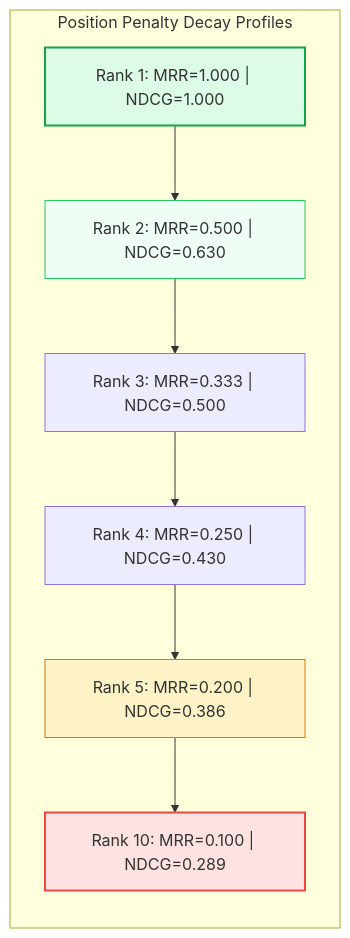
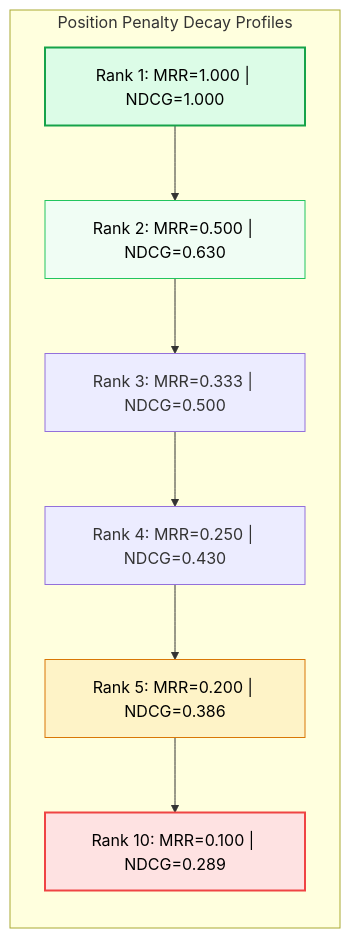
One commit to swapnil3104/RAG-Engineering changed the second of 3 diagrams in 08-RAG-Evaluation-and-Optimization/Retrieval-Metrics.md. Above: the diagram before and after it, drawn with Mermaid. The commit also changed other lines of this file and 108 other files, not shown here.

Commit message:
fix: make chart text visible across all Mermaid diagrams and resolve markdown table formatting issues

````diff
--- a/08-RAG-Evaluation-and-Optimization/Retrieval-Metrics.md
+++ b/08-RAG-Evaluation-and-Optimization/Retrieval-Metrics.md
@@ -149,17 +149,17 @@
 ```mermaid
 flowchart LR
     subgraph RankDiscounts ["Position Penalty Decay Profiles"]
         R1["Rank 1: MRR=1.000 | NDCG=1.000"]
         R2["Rank 2: MRR=0.500 | NDCG=0.630"]
         R3["Rank 3: MRR=0.333 | NDCG=0.500"]
         R4["Rank 4: MRR=0.250 | NDCG=0.430"]
         R5["Rank 5: MRR=0.200 | NDCG=0.386"]
         R10["Rank 10: MRR=0.100 | NDCG=0.289"]
     end
 
     R1 --> R2 --> R3 --> R4 --> R5 --> R10
-    style R1 fill:#dcfce7,stroke:#16a34a,stroke-width:2px
-    style R2 fill:#f0fdf4,stroke:#22c55e
-    style R5 fill:#fef3c7,stroke:#d97706
-    style R10 fill:#fee2e2,stroke:#ef4444,stroke-width:2px
+    style R1 fill:#dcfce7,stroke:#16a34a,stroke-width:2px,color:#000000
+    style R2 fill:#f0fdf4,stroke:#22c55e,color:#000000
+    style R5 fill:#fef3c7,stroke:#d97706,color:#000000
+    style R10 fill:#fee2e2,stroke:#ef4444,stroke-width:2px,color:#000000
 ```
````
